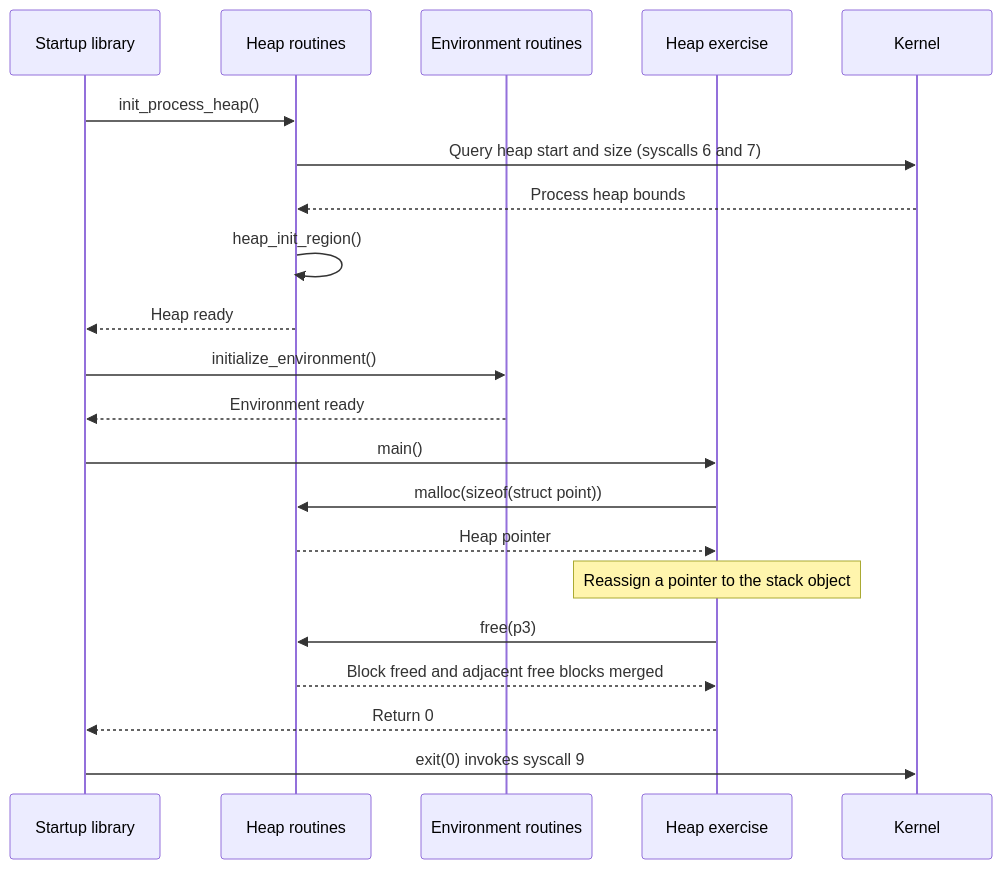
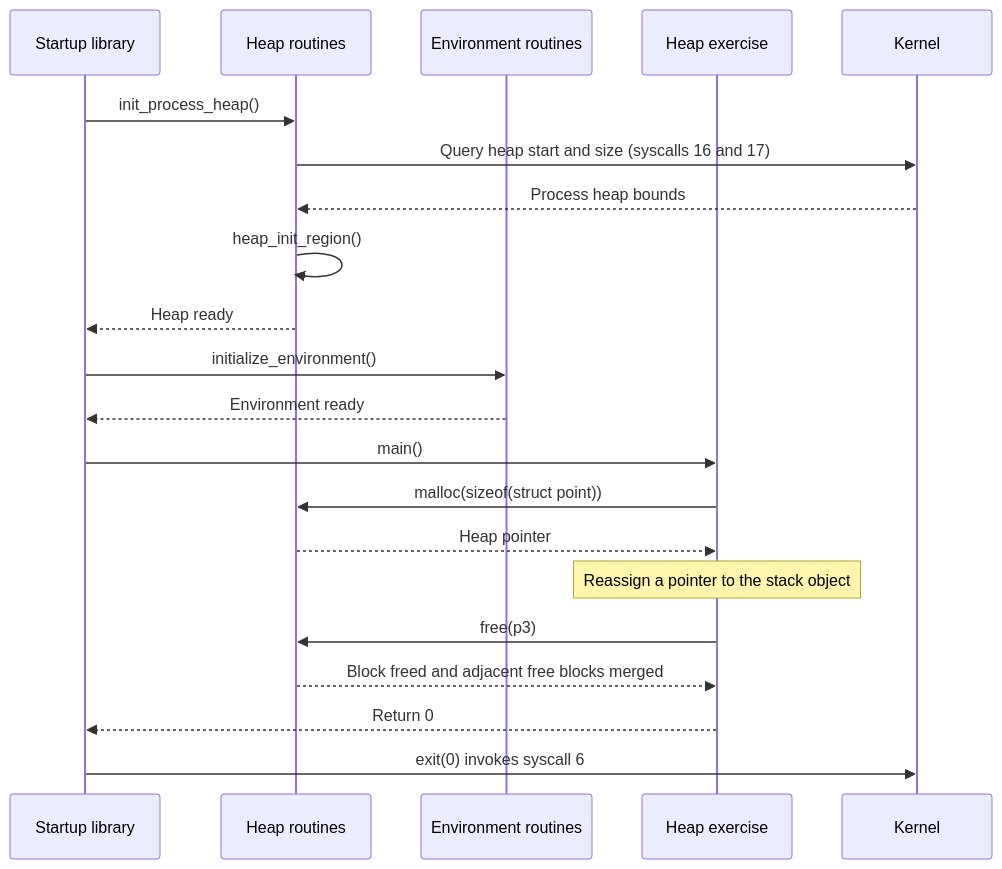
Before and after one commit to matthejue/Pico-OS: diagram 27 of 30 in README.md, drawn with Mermaid. The commit also changed other lines of this file and 8 other files, not shown here.

Commit message:
- renumbered the kernel syscalls into continuous related groups from 0 through 37 - updated the syscall dispatcher, library callers etc. for the new ABI - kept the test-only UART receive selector at 38 outside the kernel ABI while preserving its caller and ISR handler - updated the README

````diff
--- a/README.md
+++ b/README.md
@@ -4238,23 +4203,23 @@
 ```mermaid
 sequenceDiagram
     participant S as Startup library
     participant H as Heap routines
     participant E as Environment routines
     participant A as Heap exercise
     participant K as Kernel
     S->>H: init_process_heap()
-    H->>K: Query heap start and size (syscalls 6 and 7)
+    H->>K: Query heap start and size (syscalls 16 and 17)
     K-->>H: Process heap bounds
     H->>H: heap_init_region()
     H-->>S: Heap ready
     S->>E: initialize_environment()
     E-->>S: Environment ready
     S->>A: main()
     A->>H: malloc(sizeof(struct point))
     H-->>A: Heap pointer
     Note over A: Reassign a pointer to the stack object
     A->>H: free(p3)
     H-->>A: Block freed and adjacent free blocks merged
     A-->>S: Return 0
-    S->>K: exit(0) invokes syscall 9
+    S->>K: exit(0) invokes syscall 6
 ```
````
